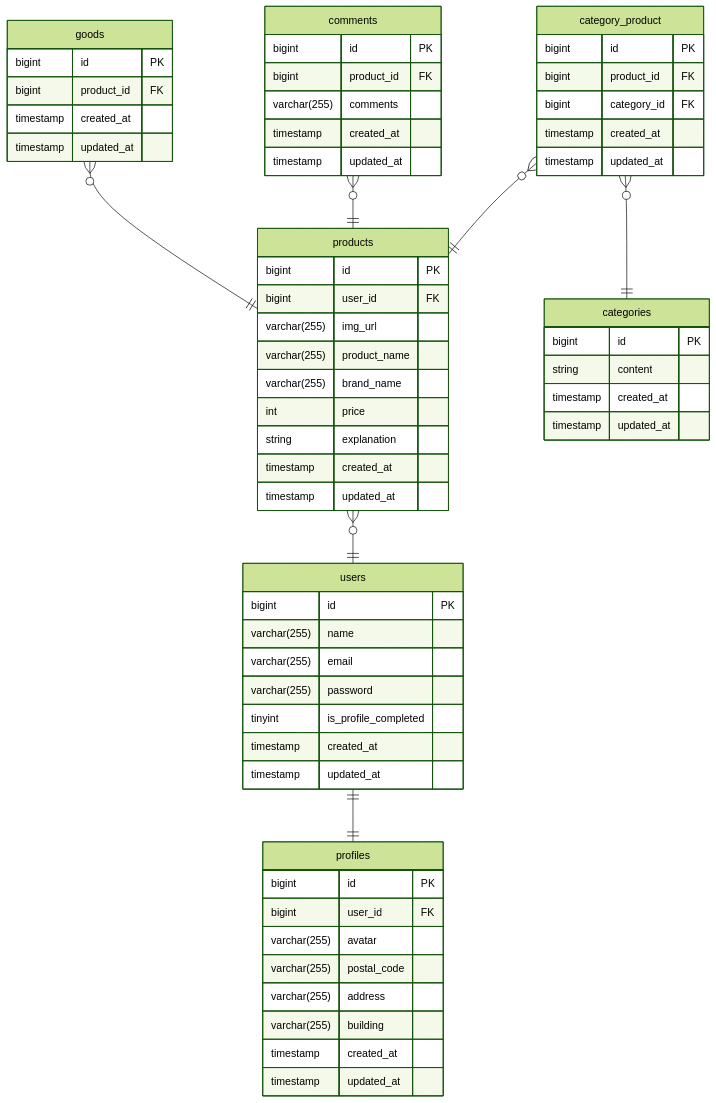
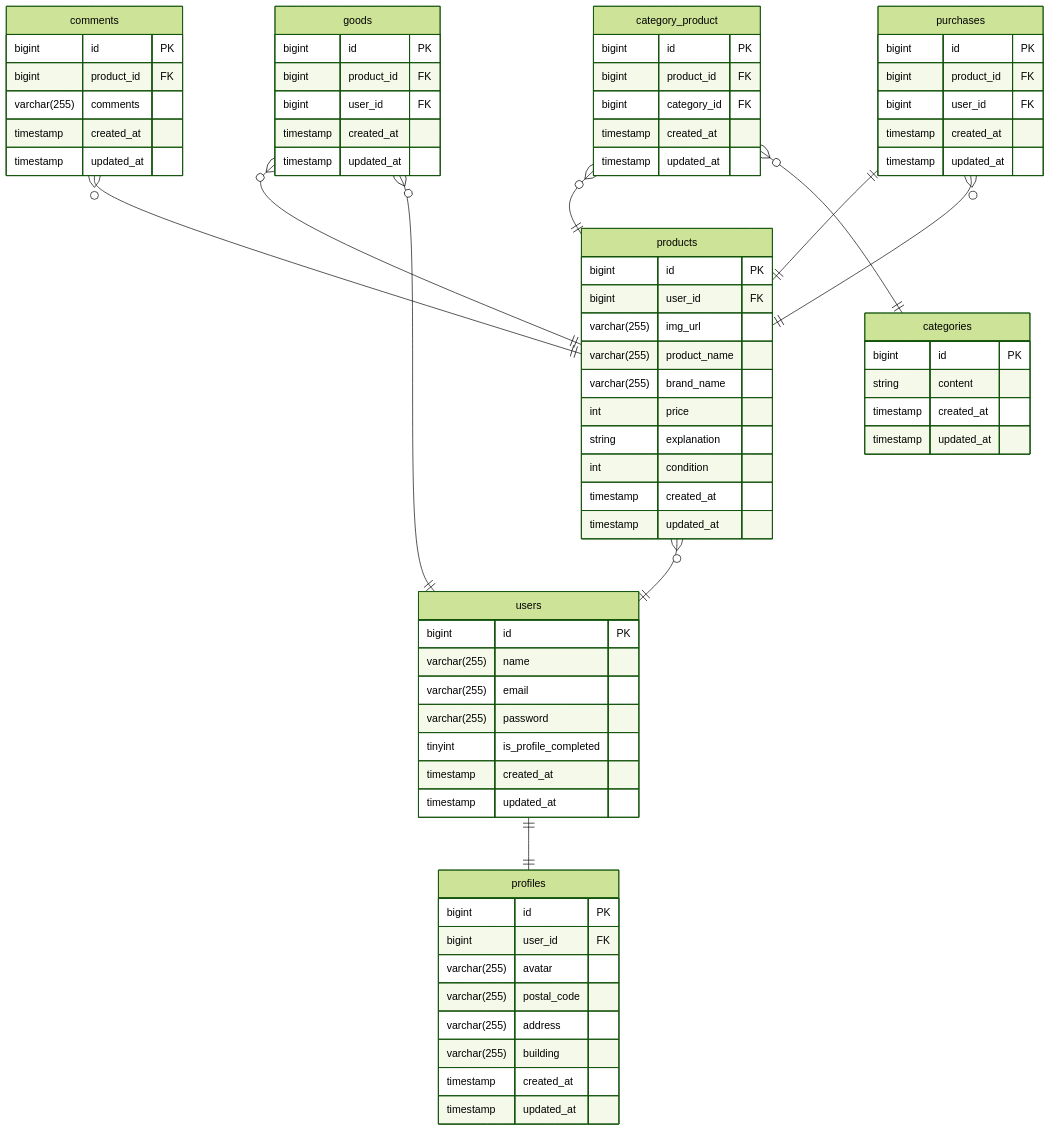
One commit to kamellll/flea-market changed the diagram in src/docs/er/er.mmd. Above: the diagram before and after it, drawn with Mermaid (forest theme). The commit also changed 59 other files, not shown here.

```diff
--- a/src/docs/er/er.mmd
+++ b/src/docs/er/er.mmd
@@ -1,69 +1,82 @@
 erDiagram
     products }o--|| users: ""
     goods }o--|| products: ""
     comments }o--|| products: ""
     category_product }o--|| products: ""
     category_product }o--|| categories: ""
     users ||--|| profiles: ""
+    purchases ||--|| products: ""
+    purchases }o--|| products: ""
+    goods }o--|| users: ""
     products {
         bigint   id PK
         bigint    user_id  FK
         varchar(255)  img_url
         varchar(255)  product_name
         varchar(255)  brand_name
         int   price
         string  explanation
+        int    condition
         timestamp created_at
         timestamp updated_at
     }
 
     users {
         bigint       id PK
         varchar(255) name
         varchar(255) email
         varchar(255) password
         tinyint is_profile_completed
         timestamp    created_at
         timestamp    updated_at
     }
 
     goods {
         bigint   id PK
         bigint   product_id  FK
+        bigint   user_id  FK
         timestamp    created_at
         timestamp    updated_at
     }
 
     comments {
         bigint   id PK
         bigint   product_id  FK
         varchar(255)    comments
         timestamp    created_at
         timestamp    updated_at
     }
 
     categories {
         bigint  id  PK
         string  content
         timestamp    created_at
         timestamp    updated_at
     }
 
     category_product {
         bigint  id  PK
         bigint  product_id  FK
         bigint  category_id   FK
         timestamp    created_at
         timestamp    updated_at
     }
 
     profiles {
         bigint  id  PK
         bigint  user_id FK
         varchar(255)    avatar
         varchar(255)    postal_code
         varchar(255)    address
         varchar(255)    building
         timestamp    created_at
         timestamp    updated_at
     }
+
+    purchases {
+        bigint  id  PK
+        bigint  product_id  FK
+        bigint  user_id  FK
+        timestamp    created_at
+        timestamp    updated_at
+    }
```
